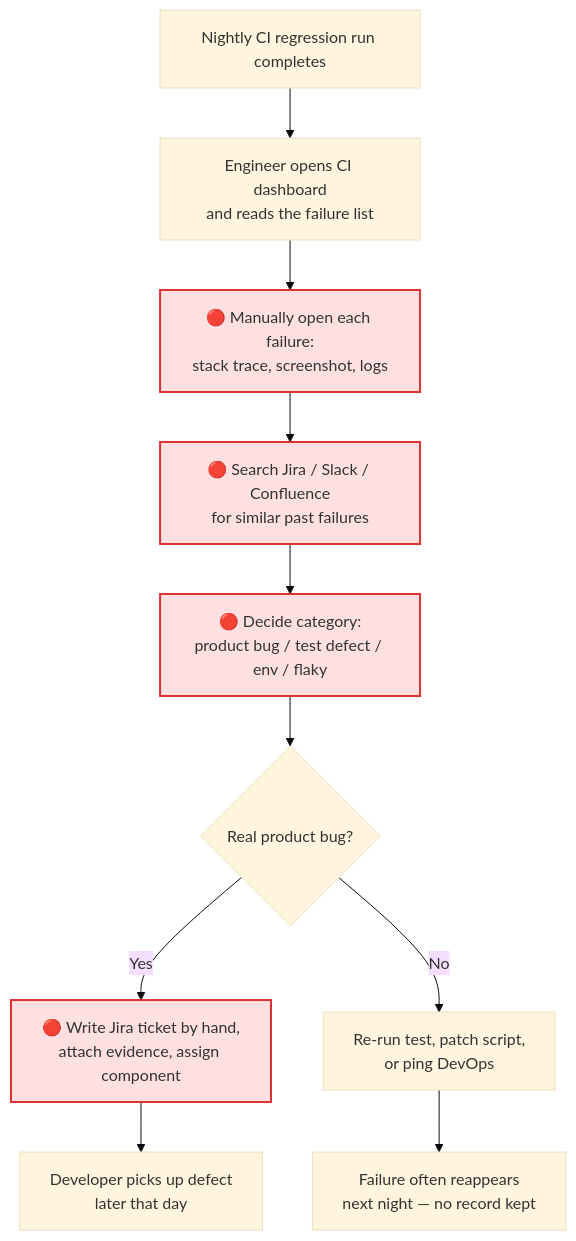
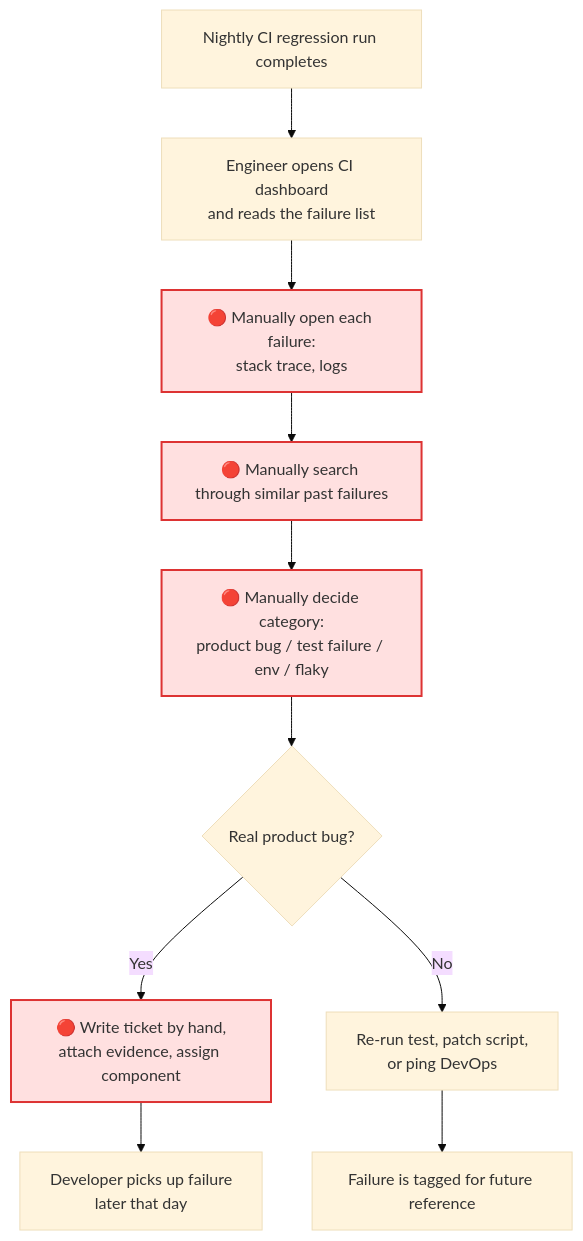
The first of 3 diagrams in Day4_Capstone_Playbook_FILLED.md (pg-wko/day4-capstone), drawn with Mermaid (base theme) before and after one commit. The commit also changed other lines of this file, not shown here.

````diff
--- a/Day4_Capstone_Playbook_FILLED.md
+++ b/Day4_Capstone_Playbook_FILLED.md
@@ -58,15 +54,15 @@
 ```mermaid
 flowchart TD
     A[Nightly CI regression run completes] --> B[Engineer opens CI dashboard<br/>and reads the failure list]
-    B --> C["🔴 Manually open each failure:<br/>stack trace, screenshot, logs"]
-    C --> D["🔴 Search Jira / Slack / Confluence<br/>for similar past failures"]
-    D --> E["🔴 Decide category:<br/>product bug / test defect / env / flaky"]
+    B --> C["🔴 Manually open each failure:<br/>stack trace, logs"]
+    C --> D["🔴 Manually search through similar past failures"]
+    D --> E["🔴 Manually decide category:<br/>product bug / test failure / env / flaky"]
     E --> F{Real product bug?}
-    F -- Yes --> G["🔴 Write Jira ticket by hand,<br/>attach evidence, assign component"]
+    F -- Yes --> G["🔴 Write ticket by hand,<br/>attach evidence, assign component"]
     F -- No --> H[Re-run test, patch script,<br/>or ping DevOps]
-    G --> I[Developer picks up defect<br/>later that day]
-    H --> J[Failure often reappears<br/>next night — no record kept]
+    G --> I[Developer picks up failure<br/>later that day]
+    H --> J[Failure is tagged for future reference]
 
     classDef pain fill:#ffe0e0,stroke:#d33,stroke-width:2px
     class C,D,E,G pain
 ```
````
